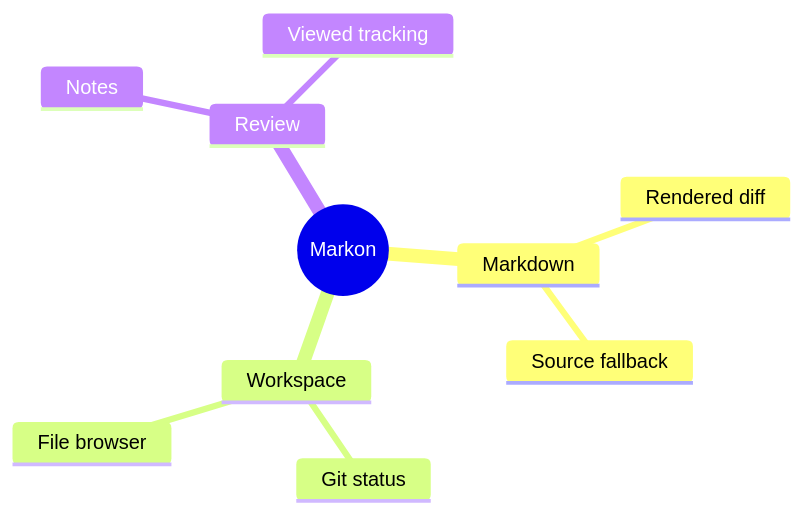
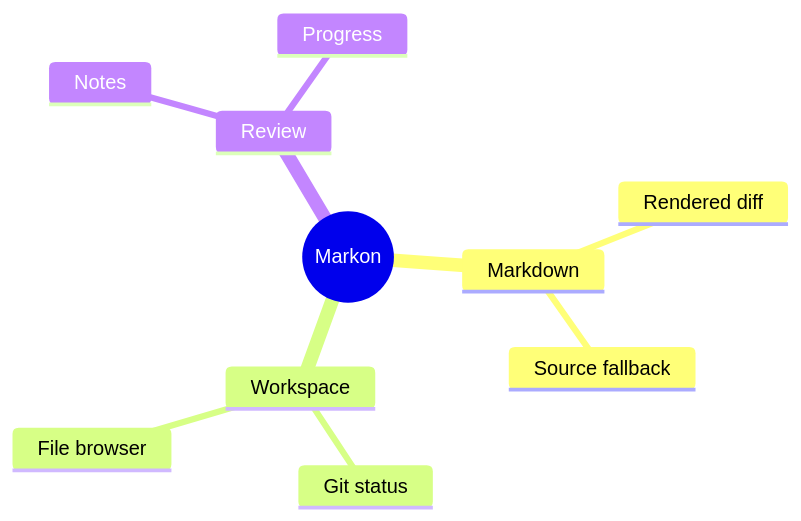
Before and after one commit to kookyleo/markon: the ninth of 15 diagrams in example/docs/diagrams.md, drawn with Mermaid. The commit also changed 125 other files, not shown here.

````diff
--- a/example/docs/diagrams.md
+++ b/example/docs/diagrams.md
@@ -113,13 +113,13 @@
 ```mermaid
 mindmap
   root((Markon))
     Markdown
       Rendered diff
       Source fallback
     Workspace
       Git status
       File browser
     Review
       Notes
-      Viewed tracking
+      Progress
 ```
````
